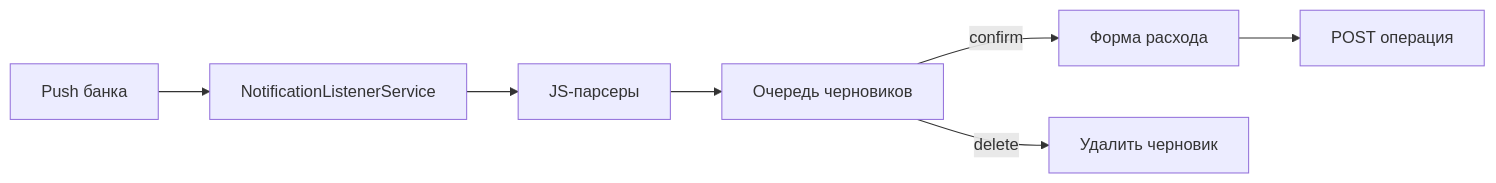
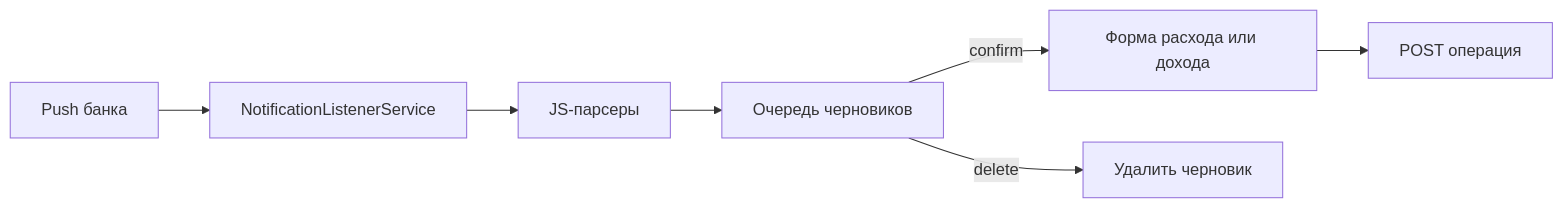
Before and after one commit to kai-zer-ru/buhgalter: the diagram in roadmap/notification-intercept.md, drawn with Mermaid. The commit also changed other lines of this file and 16 other files, not shown here.

````diff
--- a/roadmap/notification-intercept.md
+++ b/roadmap/notification-intercept.md
@@ -39,9 +39,9 @@
 ```mermaid
 flowchart LR
   Push[Push банка] --> Listener[NotificationListenerService]
   Listener --> Parse[JS-парсеры]
   Parse --> Drafts[Очередь черновиков]
-  Drafts -->|confirm| Form[Форма расхода]
+  Drafts -->|confirm| Form[Форма расхода или дохода]
   Drafts -->|delete| Drop[Удалить черновик]
   Form --> API[POST операция]
 ```
````
